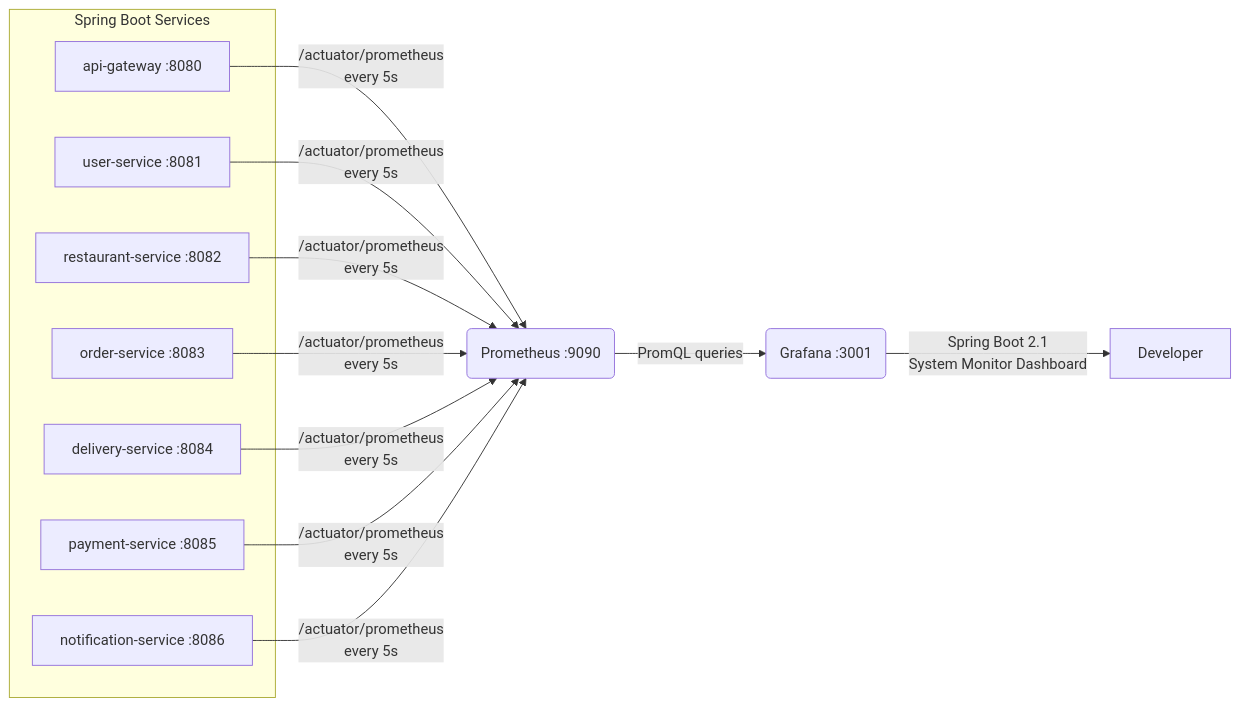
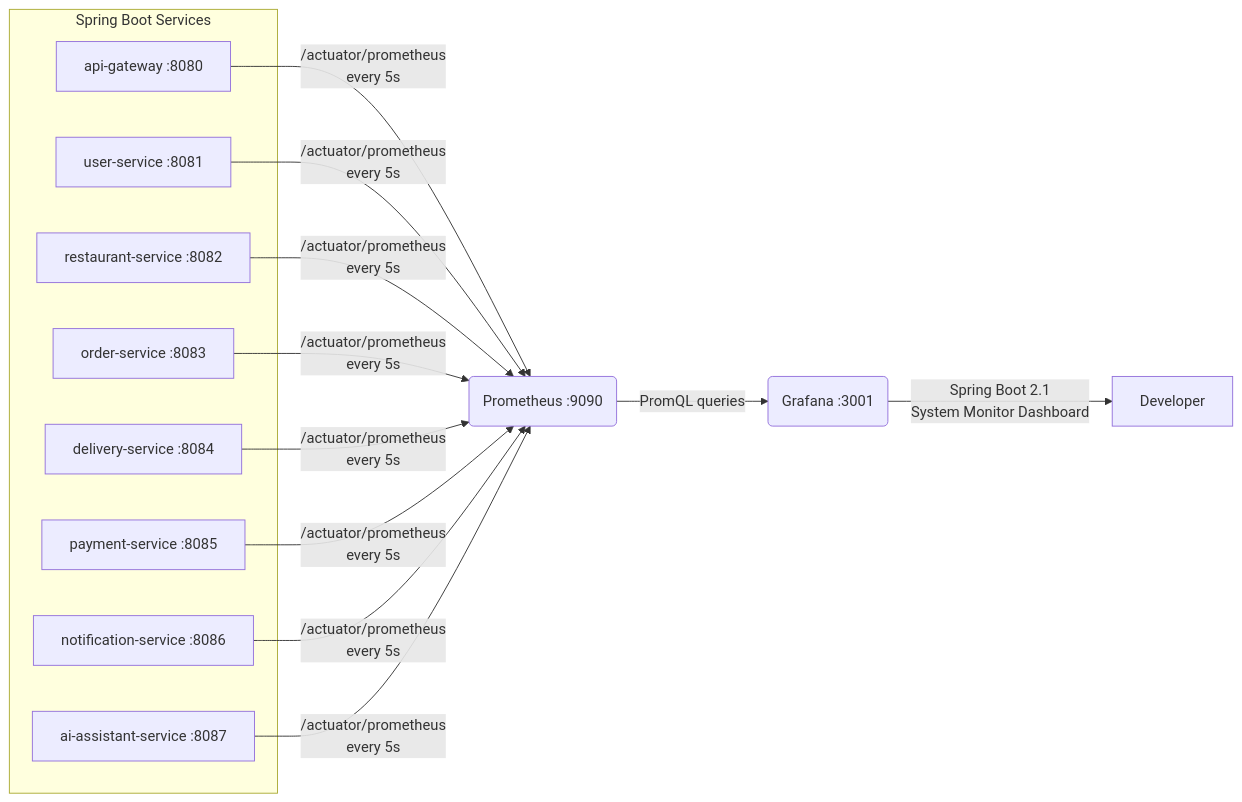
One commit to shivam123450/foodRush changed the fourth of 4 diagrams in README.md. Above: the diagram before and after it, drawn with Mermaid. The commit also changed other lines of this file, not shown here.

First line of the commit message:
Add AI Assistant service and update monitoring details

````diff
--- a/README.md
+++ b/README.md
@@ -270,16 +272,17 @@
 ```mermaid
 graph LR
     subgraph Spring Boot Services
         A[api-gateway :8080]
         B[user-service :8081]
         C[restaurant-service :8082]
         D[order-service :8083]
         E[delivery-service :8084]
         F[payment-service :8085]
         G[notification-service :8086]
+        H[ai-assistant-service :8087]
     end
 
-    A & B & C & D & E & F & G -->|/actuator/prometheus\nevery 5s| P(Prometheus :9090)
+    A & B & C & D & E & F & G & H -->|/actuator/prometheus\nevery 5s| P(Prometheus :9090)
     P -->|PromQL queries| GR(Grafana :3001)
     GR -->|Spring Boot 2.1\nSystem Monitor Dashboard| DEV[Developer]
 ```
````
